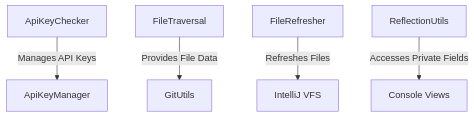
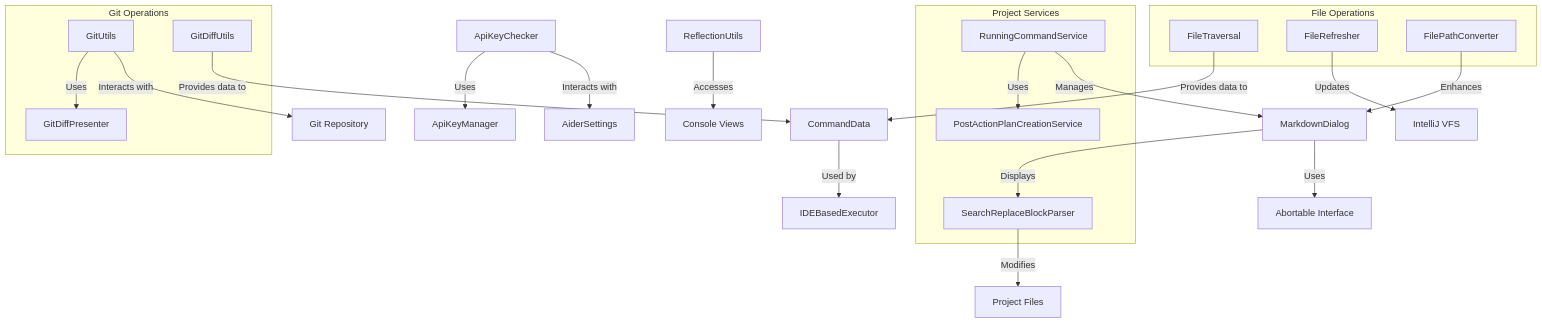
The diagram in src/main/kotlin/de/andrena/codingaider/utils/utils.md (p-wegner/coding-aider), drawn with Mermaid before and after one commit. The commit also changed other lines of this file, not shown here.

Commit message:
feat: Update utils.md with comprehensive module documentation

````diff
--- a/src/main/kotlin/de/andrena/codingaider/utils/utils.md
+++ b/src/main/kotlin/de/andrena/codingaider/utils/utils.md
@@ -9,7 +9,50 @@
 ```mermaid
 graph TD
-    A[ApiKeyChecker] -->|Manages API Keys| B[ApiKeyManager]
-    C[FileTraversal] -->|Provides File Data| D[GitUtils]
-    E[FileRefresher] -->|Refreshes Files| F[IntelliJ VFS]
-    G[ReflectionUtils] -->|Accesses Private Fields| H[Console Views]
+    %% Core Utility Classes
+    ApiKeyChecker[ApiKeyChecker] -->|Uses| ApiKeyManager[ApiKeyManager]
+    ApiKeyChecker -->|Interacts with| Settings[AiderSettings]
+    
+    %% File Management
+    FileTraversal[FileTraversal] -->|Provides data to| CommandData[CommandData]
+    FileRefresher[FileRefresher] -->|Updates| VFS[IntelliJ VFS]
+    FilePathConverter[FilePathConverter] -->|Enhances| MarkdownDialog[MarkdownDialog]
+    
+    %% Git Integration
+    GitUtils[GitUtils] -->|Uses| GitDiffPresenter[GitDiffPresenter]
+    GitUtils -->|Interacts with| GitRepository[Git Repository]
+    GitDiffUtils[GitDiffUtils] -->|Provides data to| CommandData
+    
+    %% UI Components
+    MarkdownDialog -->|Uses| Abortable[Abortable Interface]
+    MarkdownDialog -->|Displays| SearchReplaceBlockParser[SearchReplaceBlockParser]
+    
+    %% Services
+    RunningCommandService[RunningCommandService] -->|Uses| PostActionPlanCreationService[PostActionPlanCreationService]
+    RunningCommandService -->|Manages| MarkdownDialog
+    
+    %% External Dependencies
+    CommandData -->|Used by| IDEBasedExecutor[IDEBasedExecutor]
+    SearchReplaceBlockParser -->|Modifies| ProjectFiles[Project Files]
+    ReflectionUtils[ReflectionUtils] -->|Accesses| ConsoleViews[Console Views]
+    
+    %% Subgraph for Services
+    subgraph "Project Services"
+        RunningCommandService
+        PostActionPlanCreationService
+        SearchReplaceBlockParser
+    end
+    
+    %% Subgraph for File Operations
+    subgraph "File Operations"
+        FileTraversal
+        FileRefresher
+        FilePathConverter
+    end
+    
+    %% Subgraph for Git Operations
+    subgraph "Git Operations"
+        GitUtils
+        GitDiffUtils
+        GitDiffPresenter
+    end
 ```
````
